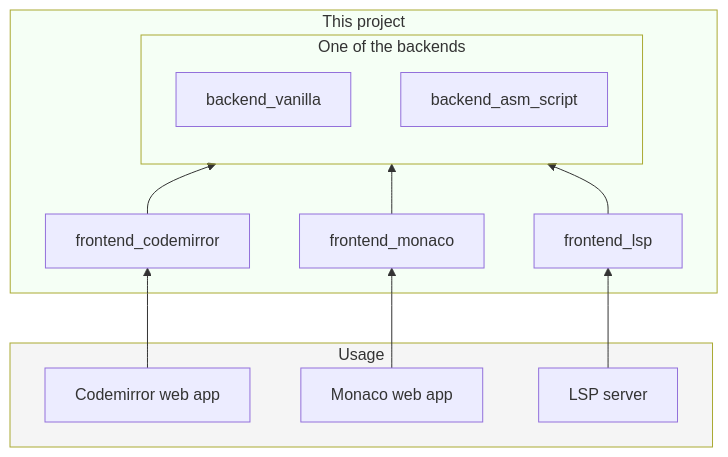
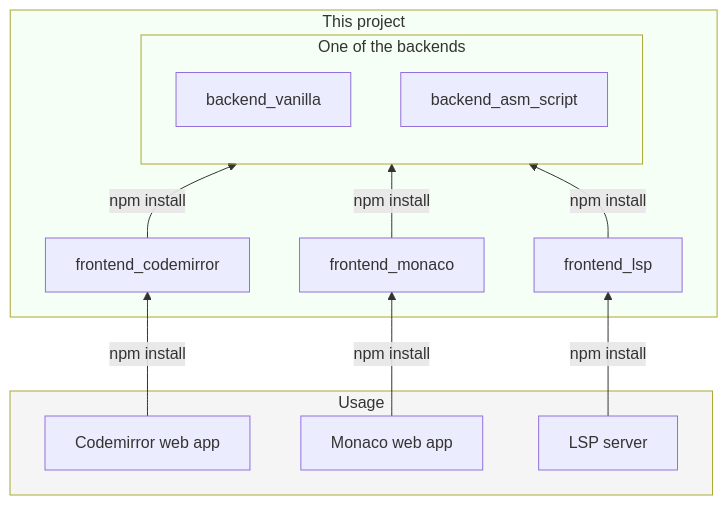
One commit to ruzito/oas-aware-rest-lang-support changed the diagram in README.md. Above: the diagram before and after it, drawn with Mermaid. The commit also changed other lines of this file and 58 other files, not shown here.

````diff
--- a/README.md
+++ b/README.md
@@ -59,27 +58,27 @@
 ```mermaid
 flowchart BT;
     subgraph backend[One of the backends]
         backend_vanilla;
         backend_asm_script;
     end
-    frontend_codemirror-->backend;
-    frontend_monaco-->backend;
-    frontend_lsp-->backend;
+    frontend_codemirror--npm install-->backend;
+    frontend_monaco--npm install-->backend;
+    frontend_lsp--npm install-->backend;
     subgraph project[This project]
         backend;
         frontend_lsp;
         frontend_monaco;
         frontend_codemirror;
     end
     subgraph Usage
         LSP;
         Monaco;
         Codemirror;
     end
-    LSP[LSP server]-->frontend_lsp;
-    Monaco[Monaco web app]-->frontend_monaco;
-    Codemirror[Codemirror web app]-->frontend_codemirror;
+    LSP[LSP server]--npm install-->frontend_lsp;
+    Monaco[Monaco web app]--npm install-->frontend_monaco;
+    Codemirror[Codemirror web app]--npm install-->frontend_codemirror;
     style project fill:#00ff000a
     style backend fill:#00000000
     style Usage fill:#0000000a
 ```
````
